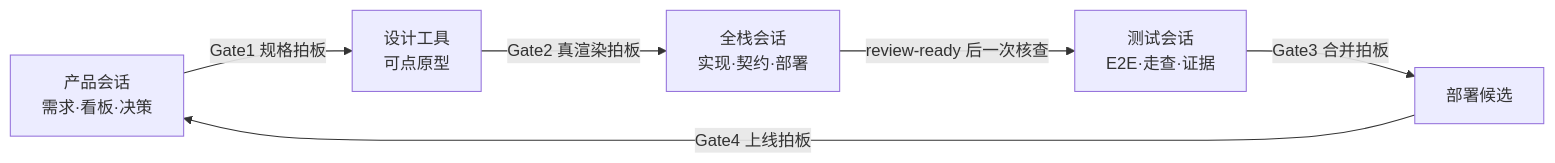
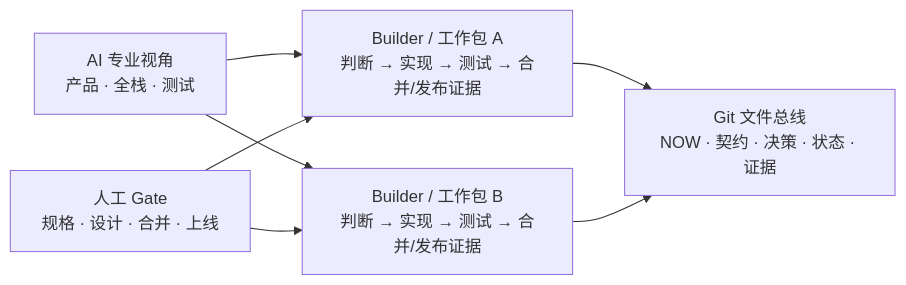
Before and after one commit to HaiYangBG1/BuildBeat: the diagram in README.md, drawn with Mermaid. The commit also changed other lines of this file and 146 other files, not shown here.

````diff
--- a/README.md
+++ b/README.md
@@ -140,8 +160,9 @@
 ```mermaid
 flowchart LR
-    PM["产品会话<br/>需求·看板·决策"] -->|"Gate1 规格拍板"| Design["设计工具<br/>可点原型"]
-    Design -->|"Gate2 真渲染拍板"| Deliver["全栈会话<br/>实现·契约·部署"]
-    Deliver -->|"review-ready 后一次核查"| Verify["测试会话<br/>E2E·走查·证据"]
-    Verify -->|"Gate3 合并拍板"| Deploy["部署候选"]
-    Deploy -->|"Gate4 上线拍板"| PM
+    Views["AI 专业视角<br/>产品 · 全栈 · 测试"] --> WPA["Builder / 工作包 A<br/>判断 → 实现 → 测试 → 合并/发布证据"]
+    Views --> WPB["Builder / 工作包 B<br/>判断 → 实现 → 测试 → 合并/发布证据"]
+    Human["人工 Gate<br/>规格 · 设计 · 合并 · 上线"] --> WPA
+    Human --> WPB
+    WPA --> Bus["Git 文件总线<br/>NOW · 契约 · 决策 · 状态 · 证据"]
+    WPB --> Bus
 ```
````
